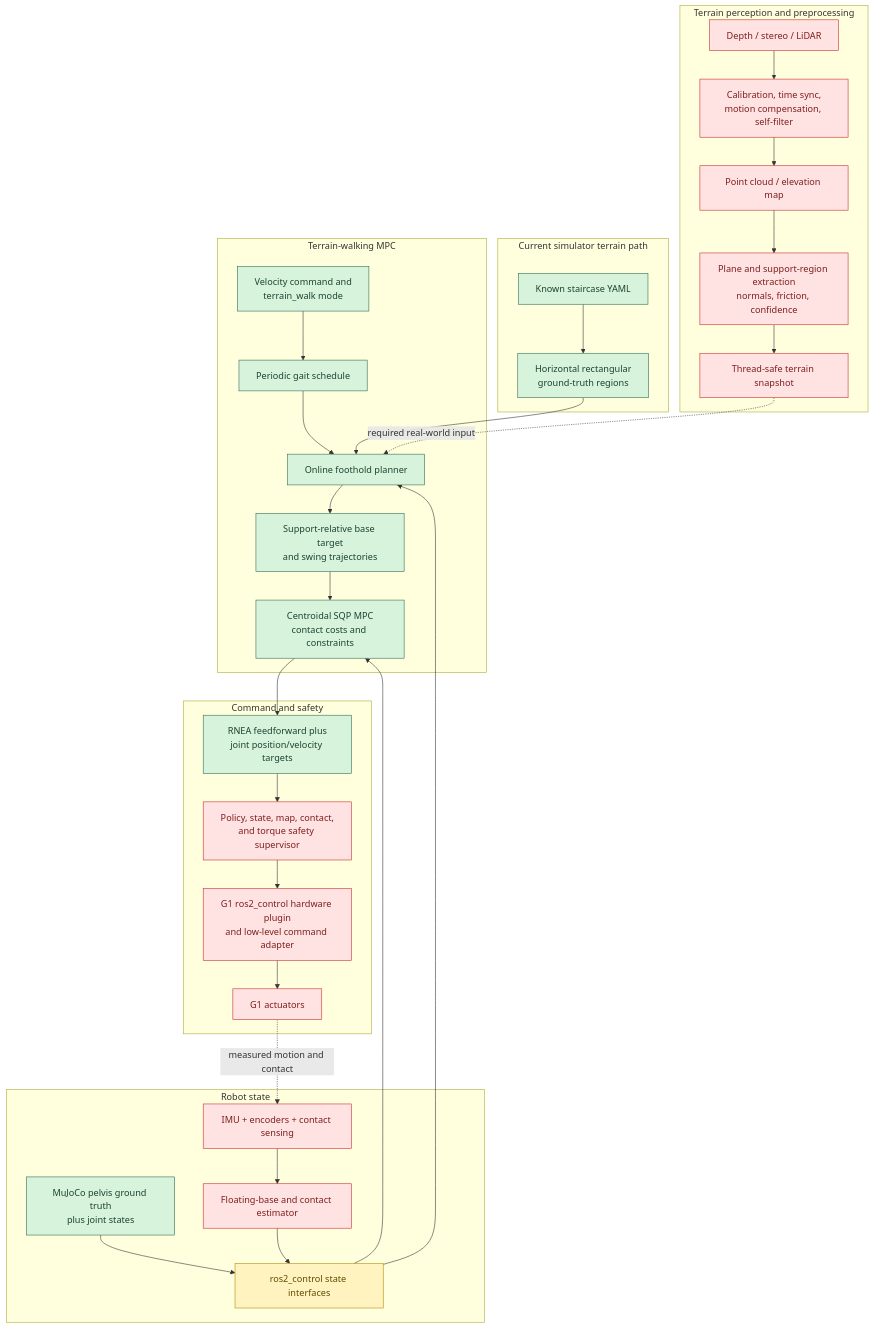
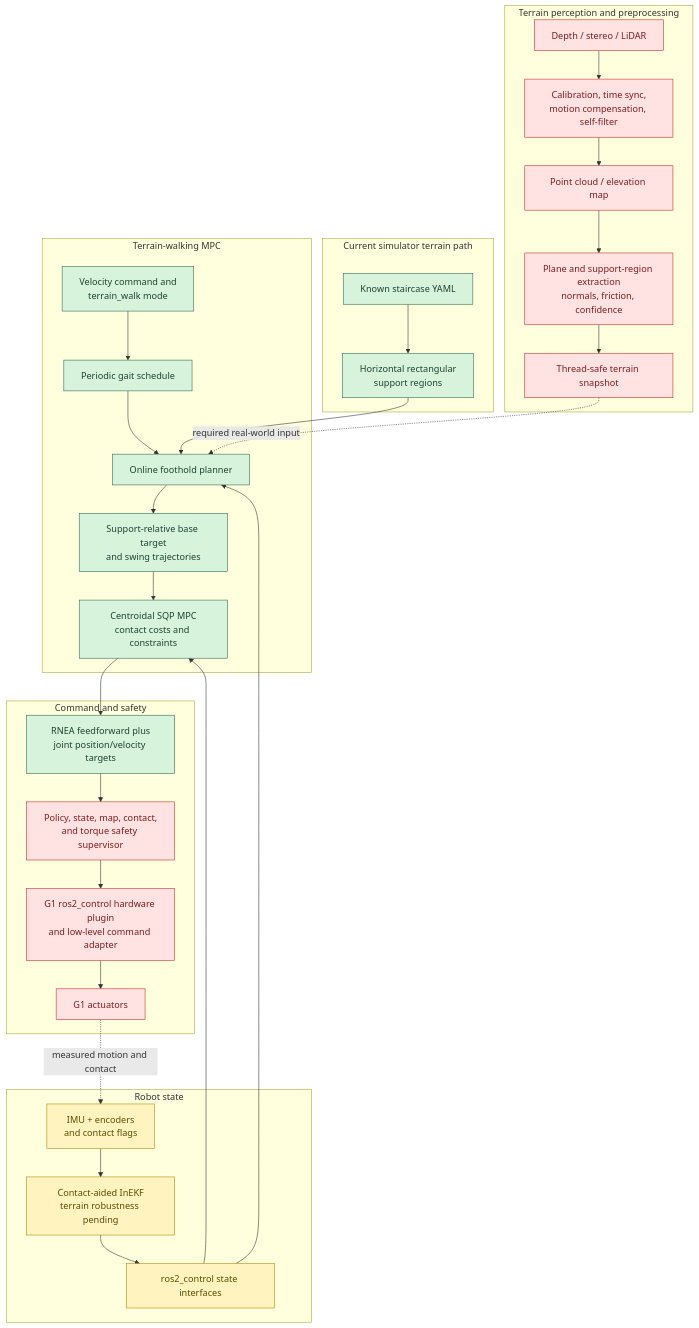
One commit to wei-hsuan-cheng/legged_robot_mpc_controller changed the second of 2 diagrams in docs/terrain_walking.md. Above: the diagram before and after it, drawn with Mermaid. The commit also changed other lines of this file and 4 other files, not shown here.

First line of the commit message:
DOCS: show estimator feedback in control diagrams

````diff
--- a/docs/terrain_walking.md
+++ b/docs/terrain_walking.md
@@ -684,54 +685,52 @@
 ```mermaid
 flowchart TD
   classDef ready fill:#d8f3dc,stroke:#2d6a4f,color:#1b4332
   classDef partial fill:#fff3bf,stroke:#b08900,color:#5f4b00
   classDef missing fill:#ffe3e3,stroke:#c92a2a,color:#7f1d1d
 
   subgraph Perception["Terrain perception and preprocessing"]
     P1["Depth / stereo / LiDAR"]:::missing
     P2["Calibration, time sync,<br/>motion compensation, self-filter"]:::missing
     P3["Point cloud / elevation map"]:::missing
     P4["Plane and support-region extraction<br/>normals, friction, confidence"]:::missing
     P5["Thread-safe terrain snapshot"]:::missing
     P1 --> P2 --> P3 --> P4 --> P5
   end
 
   subgraph CurrentTerrain["Current simulator terrain path"]
     T1["Known staircase YAML"]:::ready
-    T2["Horizontal rectangular<br/>ground-truth regions"]:::ready
+    T2["Horizontal rectangular<br/>support regions"]:::ready
     T1 --> T2
   end
 
   subgraph State["Robot state"]
-    S1["MuJoCo pelvis ground truth<br/>plus joint states"]:::ready
-    S2["IMU + encoders + contact sensing"]:::missing
-    S3["Floating-base and contact estimator"]:::missing
+    S2["IMU + encoders<br/>and contact flags"]:::partial
+    S3["Contact-aided InEKF<br/>terrain robustness pending"]:::partial
     S4["ros2_control state interfaces"]:::partial
-    S1 --> S4
     S2 --> S3 --> S4
   end
 
   subgraph Planning["Terrain-walking MPC"]
     C1["Velocity command and<br/>terrain_walk mode"]:::ready
     C2["Periodic gait schedule"]:::ready
     C3["Online foothold planner"]:::ready
     C4["Support-relative base target<br/>and swing trajectories"]:::ready
     C5["Centroidal SQP MPC<br/>contact costs and constraints"]:::ready
     C1 --> C2 --> C3 --> C4 --> C5
   end
 
   P5 -.->|required real-world input| C3
   T2 --> C3
   S4 --> C3
   S4 --> C5
 
   subgraph Execution["Command and safety"]
     E1["RNEA feedforward plus<br/>joint position/velocity targets"]:::ready
     E2["Policy, state, map, contact,<br/>and torque safety supervisor"]:::missing
     E3["G1 ros2_control hardware plugin<br/>and low-level command adapter"]:::missing
     E4["G1 actuators"]:::missing
     C5 --> E1 --> E2 --> E3 --> E4
   end
 
   E4 -.->|measured motion and contact| S2
 ```
````
